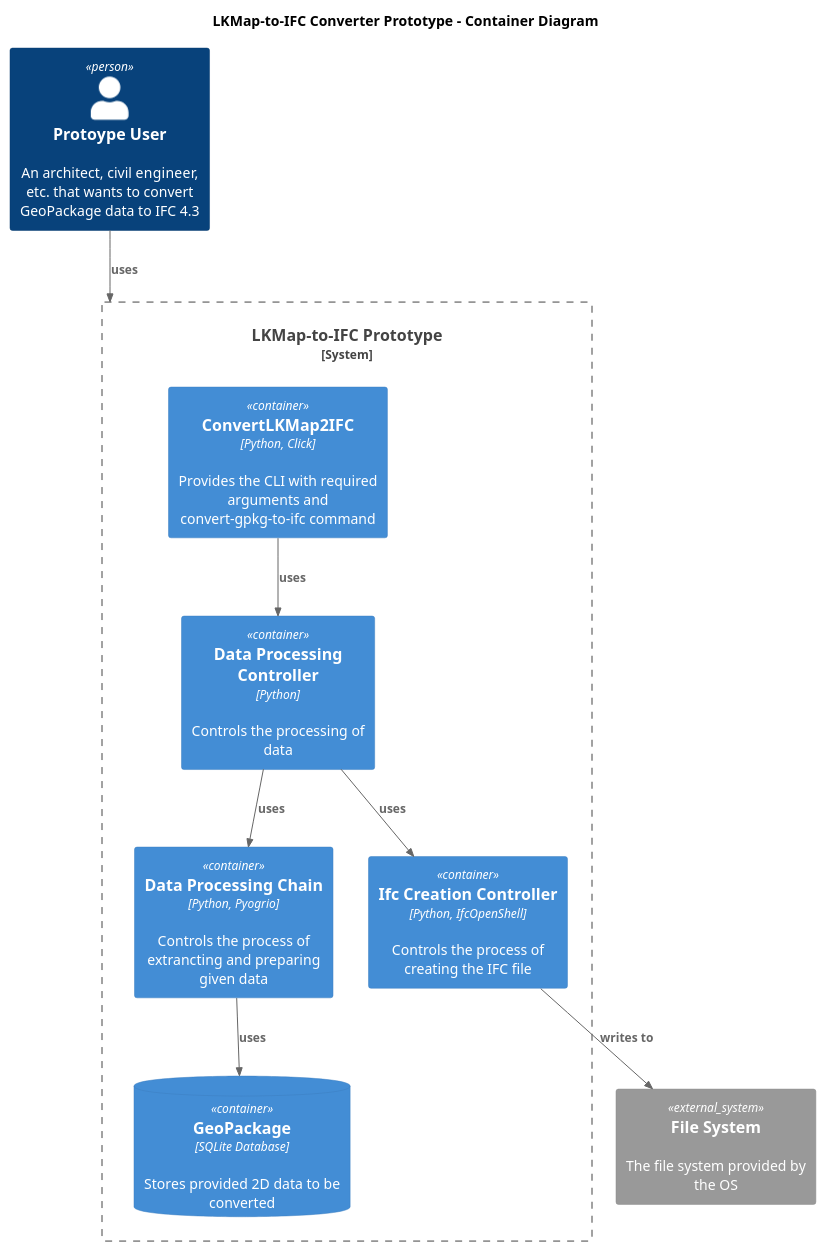
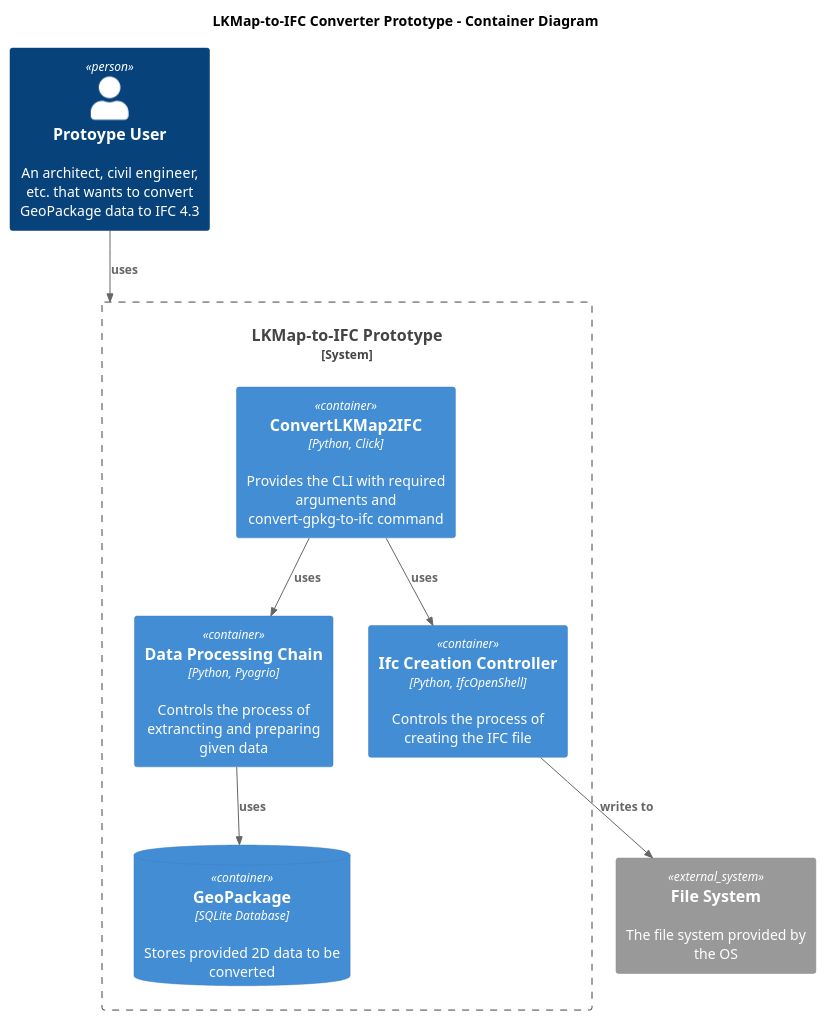
One commit to jmaier241117/LKMap2025_to_IFC_cli changed the diagram in resources/ContainerDiagram.puml. Above: the diagram before and after it, drawn with PlantUML. The commit also changed 2 other files, not shown here.

Commit message:
updated c4 diagrams

```diff
--- a/resources/ContainerDiagram.puml
+++ b/resources/ContainerDiagram.puml
@@ -1,23 +1,21 @@
 @startuml
 
 !include C4_Container.puml
 
 title LKMap-to-IFC Converter Prototype - Container Diagram
 Person(user, "Protoype User", "An architect, civil engineer, etc. that wants to convert GeoPackage data to IFC 4.3 ")
 
 System_Boundary(system, "LKMap-to-IFC Prototype") {
     Container(cli, "ConvertLKMap2IFC", "Python, Click", "Provides the CLI with required arguments and convert-gpkg-to-ifc command")
-    Container(controller, "Data Processing Controller", "Python", "Controls the processing of data")
     Container(model, "Data Processing Chain", "Python, Pyogrio", "Controls the process of extrancting and preparing given data")
     Container(ifc, "Ifc Creation Controller", "Python, IfcOpenShell", "Controls the process of creating the IFC file")
     ContainerDb(geoPackage, "GeoPackage", "SQLite Database", "Stores provided 2D data to be converted")
-    Rel(cli, controller, "uses")
-    Rel(controller, model, "uses")
-    Rel(controller, ifc, "uses")
+    Rel(cli, model, "uses")
+    Rel(cli, ifc, "uses")
     Rel(model, geoPackage, "uses")
 }
 System_Ext(filesystem, "File System", "The file system provided by the OS")
 Rel(user, system, "uses")
 Rel(ifc, filesystem, "writes to")
 
 @enduml
```
